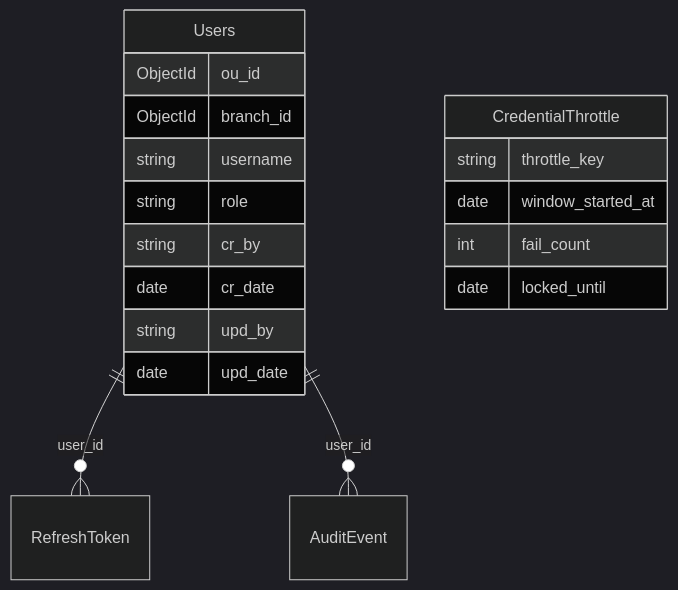
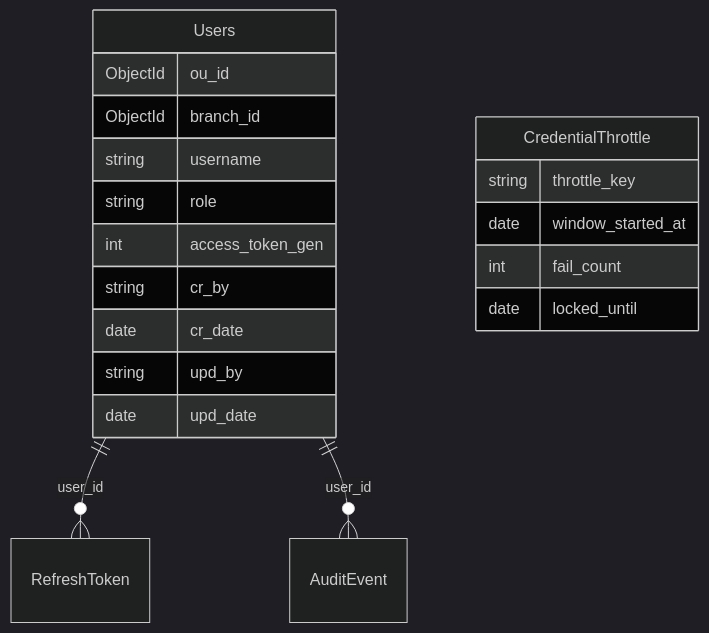
The second of 2 diagrams in auth/docs/architecture.md (santanapol/ai-agent-template), drawn with Mermaid (dark theme) before and after one commit. The commit also changed other lines of this file and 54 other files, not shown here.

First line of the commit message:
feat(auth,gateway): Redis token_gen for immediate session revoke

````diff
--- a/auth/docs/architecture.md
+++ b/auth/docs/architecture.md
@@ -404,21 +447,22 @@
 ```mermaid
 erDiagram
   Users ||--o{ RefreshToken : user_id
   Users ||--o{ AuditEvent : user_id
   Users {
     ObjectId ou_id
     ObjectId branch_id
     string username
     string role
+    int access_token_gen
     string cr_by
     date cr_date
     string upd_by
     date upd_date
   }
   CredentialThrottle {
     string throttle_key
     date window_started_at
     int fail_count
     date locked_until
   }
 ```
````
